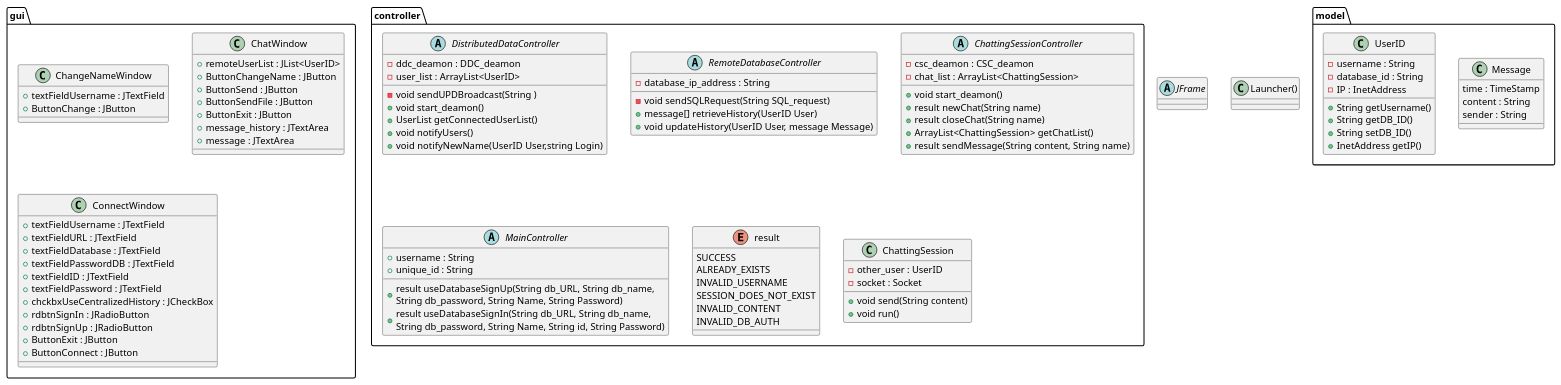
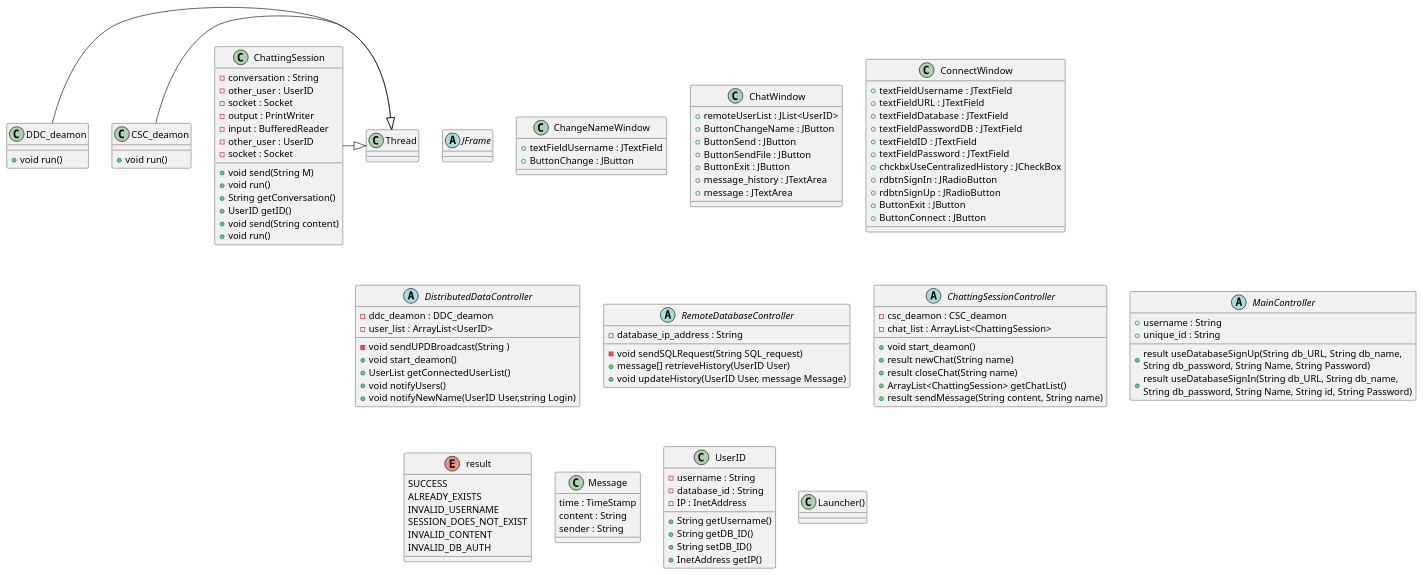
One commit to scanim-valentin/decentralized-chat-system changed the diagram in PlantUML/class.wsd. Above: the diagram before and after it, drawn with PlantUML. The commit also changed 8 other files, not shown here.

```diff
--- a/PlantUML/class.wsd
+++ b/PlantUML/class.wsd
@@ -1,102 +1,127 @@
 @startuml class
 abstract class JFrame
 
-class gui.ChangeNameWindow{
+class ChangeNameWindow{
     + textFieldUsername : JTextField
     + ButtonChange : JButton
 }
-class gui.ChatWindow{
+class ChatWindow{
     + remoteUserList : JList<UserID>
     + ButtonChangeName : JButton
     + ButtonSend : JButton
     + ButtonSendFile : JButton
     + ButtonExit : JButton
     + message_history : JTextArea
     + message : JTextArea
 }
-class gui.ConnectWindow{
+class ConnectWindow{
 
     + textFieldUsername : JTextField
     + textFieldURL : JTextField
     + textFieldDatabase : JTextField
     + textFieldPasswordDB : JTextField
     + textFieldID : JTextField
     + textFieldPassword : JTextField
     + chckbxUseCentralizedHistory : JCheckBox
     + rdbtnSignIn : JRadioButton
     + rdbtnSignUp : JRadioButton
     + ButtonExit : JButton
     + ButtonConnect : JButton
 }
 
-abstract class controller.DistributedDataController{
+class DDC_deamon{
+    + void run()
+}
+
+abstract class DistributedDataController{
     - ddc_deamon : DDC_deamon
     - user_list : ArrayList<UserID>
     -void sendUPDBroadcast(String )
     +void start_deamon()
     +UserList getConnectedUserList()
     +void notifyUsers()
     +void notifyNewName(UserID User,string Login)
 }
 
-abstract class  controller.RemoteDatabaseController{
+abstract class  RemoteDatabaseController{
     - database_ip_address : String 
     -void sendSQLRequest(String SQL_request)
     +message[] retrieveHistory(UserID User)
     +void updateHistory(UserID User, message Message)
 }
 
-abstract class controller.ChattingSessionController{
+
+class CSC_deamon{
+    + void run()
+}
+
+
+class ChattingSession{
+    - conversation : String
+    - other_user : UserID
+    - socket : Socket
+    - output : PrintWriter
+    - input : BufferedReader
+    + void send(String M)
+    + void run()
+    + String getConversation()
+    + UserID getID()
+}
+
+abstract class ChattingSessionController{
     - csc_deamon : CSC_deamon
     - chat_list : ArrayList<ChattingSession>
     +void start_deamon()
     +result newChat(String name)
     +result closeChat(String name)
     +ArrayList<ChattingSession> getChatList()
     +result sendMessage(String content, String name)
 }
 
-abstract class controller.MainController{
+abstract class MainController{
     +username : String
     +unique_id : String
     +result useDatabaseSignUp(String db_URL, String db_name, \nString db_password, String Name, String Password)
     +result useDatabaseSignIn(String db_URL, String db_name, \nString db_password, String Name, String id, String Password)
 }
 
-enum controller.result {
+enum result {
 	SUCCESS
     ALREADY_EXISTS
     INVALID_USERNAME
     SESSION_DOES_NOT_EXIST
     INVALID_CONTENT
     INVALID_DB_AUTH
 }
 
-class controller.ChattingSession {
+class ChattingSession {
     - other_user : UserID
     - socket : Socket
     + void send(String content)
     + void run()
 }
 
-class model.Message{
+class Message{
     time : TimeStamp
     content : String
     sender : String
 }
 
-class model.UserID{
+class UserID{
     -username : String
     -database_id : String
     -IP : InetAddress
     +String getUsername()
     +String getDB_ID()
     +String setDB_ID()
     +InetAddress getIP()
 } 
 
 class Launcher()
 
+DDC_deamon -|> Thread
+CSC_deamon -|> Thread
+ChattingSession -|> Thread
 
 
 @enduml
```
